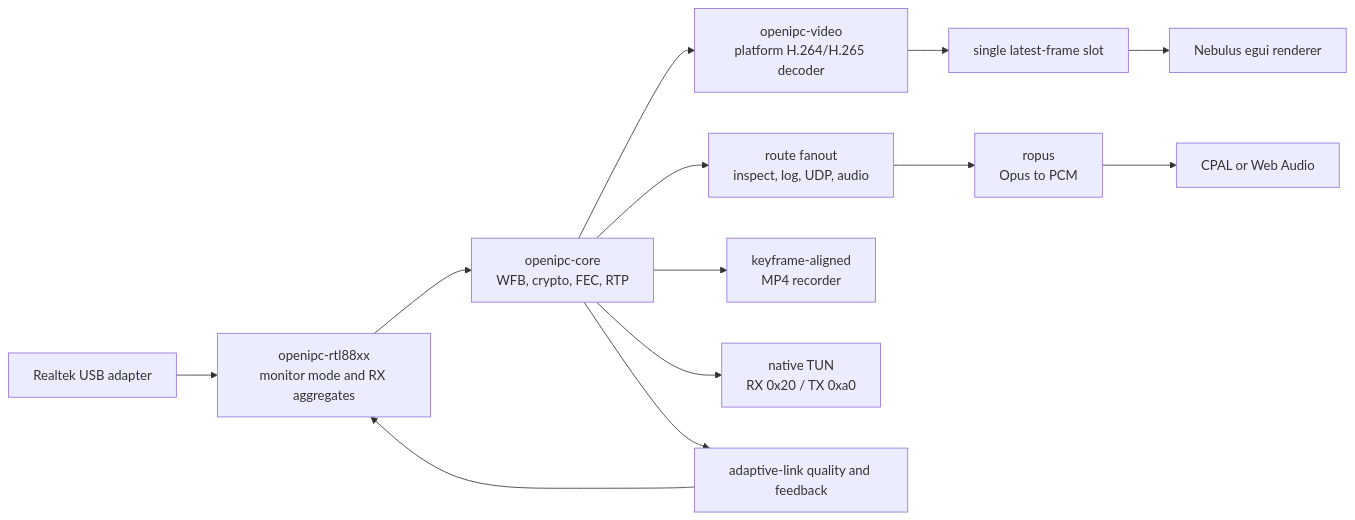
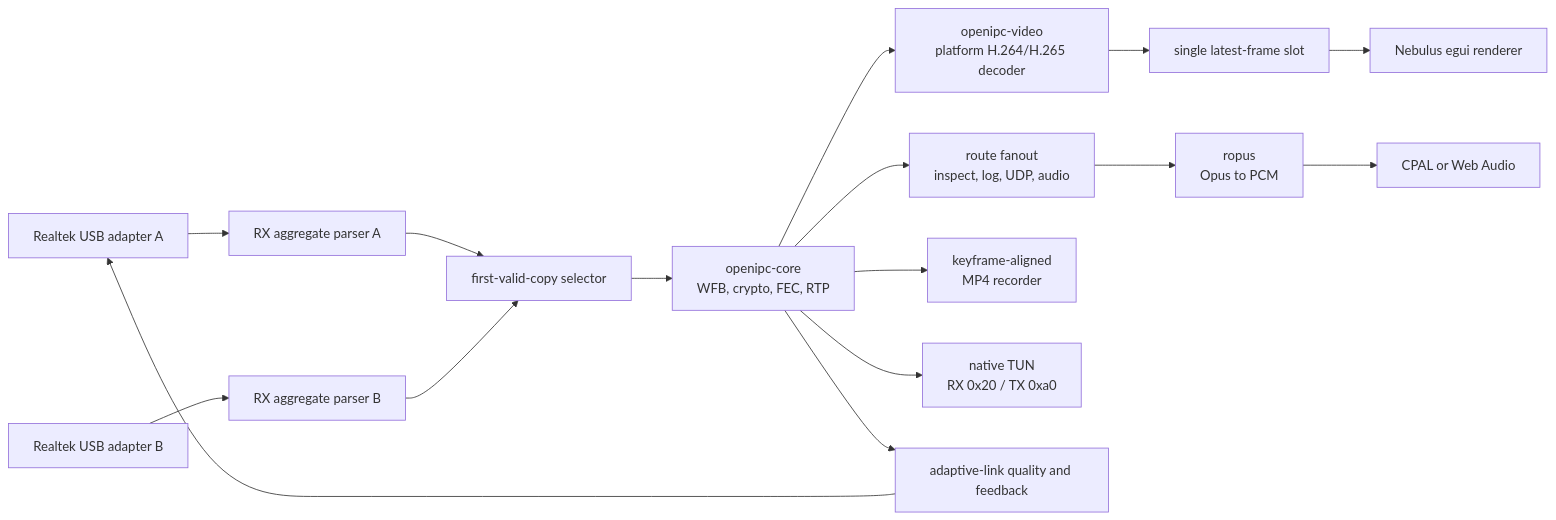
One commit to neelsani/openipc-rs changed the diagram in docs/docs/nebulus.md. Above: the diagram before and after it, drawn with Mermaid. The commit also changed other lines of this file and 32 other files, not shown here.

Commit message:
feat(nebulus): add multi-adapter receive diversity

````diff
--- a/docs/docs/nebulus.md
+++ b/docs/docs/nebulus.md
@@ -26,15 +26,18 @@
 ```mermaid
 flowchart LR
-    USB["Realtek USB adapter"] --> RTL["openipc-rtl88xx<br/>monitor mode and RX aggregates"]
-    RTL --> Core["openipc-core<br/>WFB, crypto, FEC, RTP"]
+    USB1["Realtek USB adapter A"] --> RTL1["RX aggregate parser A"]
+    USB2["Realtek USB adapter B"] --> RTL2["RX aggregate parser B"]
+    RTL1 --> Diversity["first-valid-copy selector"]
+    RTL2 --> Diversity
+    Diversity --> Core["openipc-core<br/>WFB, crypto, FEC, RTP"]
     Core --> Video["openipc-video<br/>platform H.264/H.265 decoder"]
     Core --> Routes["route fanout<br/>inspect, log, UDP, audio"]
     Core --> Record["keyframe-aligned<br/>MP4 recorder"]
     Core --> Tun["native TUN<br/>RX 0x20 / TX 0xa0"]
     Routes --> Opus["ropus<br/>Opus to PCM"]
     Opus --> Audio["CPAL or Web Audio"]
     Video --> Latest["single latest-frame slot"]
     Latest --> Egui["Nebulus egui renderer"]
     Core --> Link["adaptive-link quality and feedback"]
-    Link --> RTL
+    Link --> USB1
 ```
````
